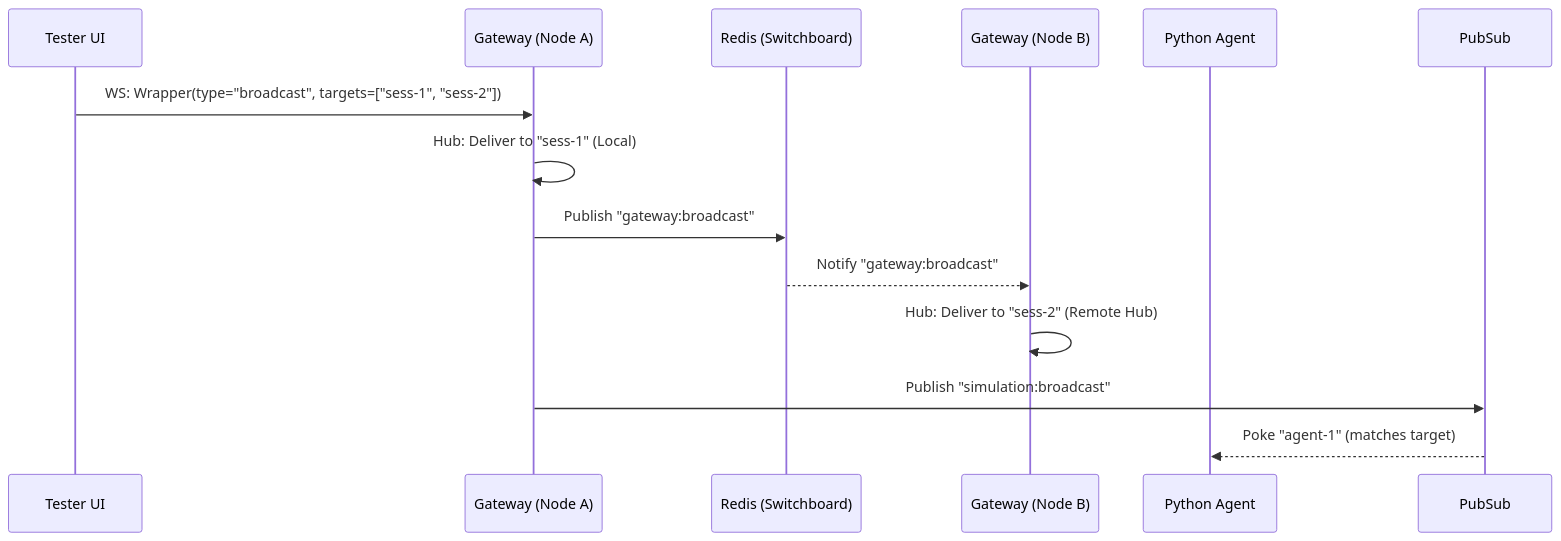
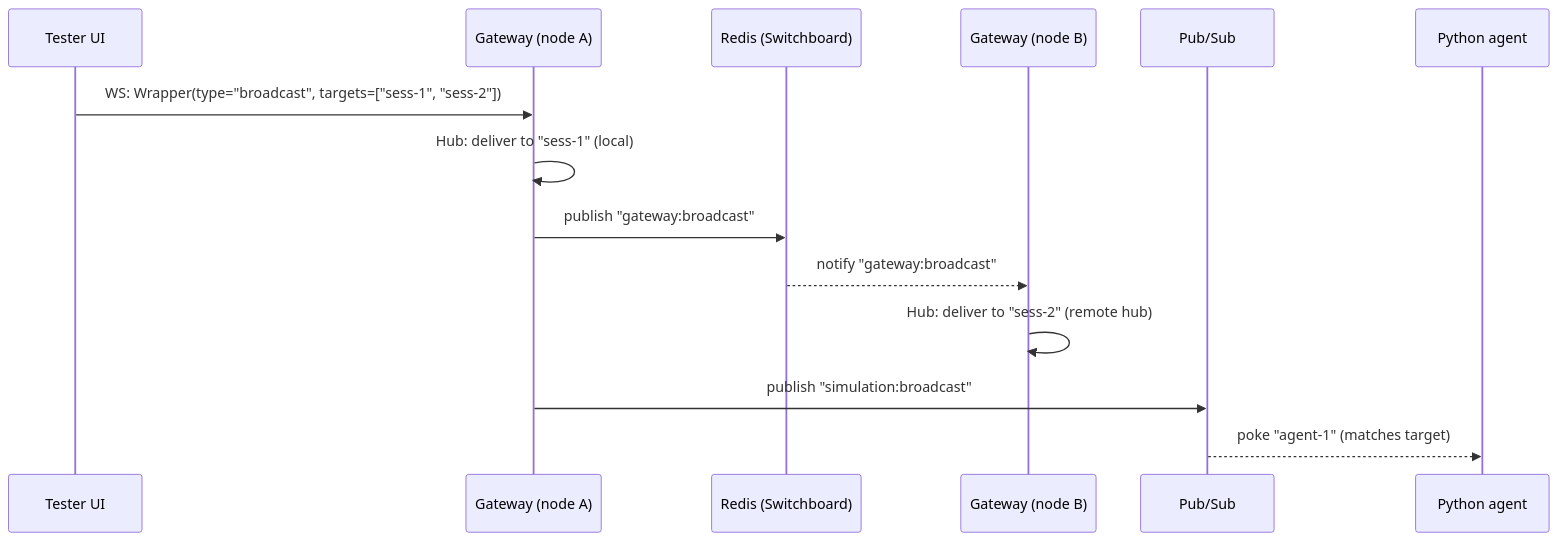
The diagram in docs/architecture/multi_session_routing.md (GoogleCloudPlatform/race-condition), drawn with Mermaid before and after one commit. The commit also changed other lines of this file, not shown here.

Commit message:
🐛 docs(routing): fix mermaid participant, non-catalog primitive, drop N26

````diff
--- a/docs/architecture/multi_session_routing.md
+++ b/docs/architecture/multi_session_routing.md
@@ -63,16 +62,17 @@
 ```mermaid
 sequenceDiagram
     participant UI as Tester UI
-    participant GW1 as Gateway (Node A)
+    participant GW1 as Gateway (node A)
     participant Redis as Redis (Switchboard)
-    participant GW2 as Gateway (Node B)
-    participant Agent as Python Agent
+    participant GW2 as Gateway (node B)
+    participant PubSub as Pub/Sub
+    participant Agent as Python agent
 
     UI->>GW1: WS: Wrapper(type="broadcast", targets=["sess-1", "sess-2"])
-    GW1->>GW1: Hub: Deliver to "sess-1" (Local)
-    GW1->>Redis: Publish "gateway:broadcast"
-    Redis-->>GW2: Notify "gateway:broadcast"
-    GW2->>GW2: Hub: Deliver to "sess-2" (Remote Hub)
-    GW1->>PubSub: Publish "simulation:broadcast"
-    PubSub-->>Agent: Poke "agent-1" (matches target)
+    GW1->>GW1: Hub: deliver to "sess-1" (local)
+    GW1->>Redis: publish "gateway:broadcast"
+    Redis-->>GW2: notify "gateway:broadcast"
+    GW2->>GW2: Hub: deliver to "sess-2" (remote hub)
+    GW1->>PubSub: publish "simulation:broadcast"
+    PubSub-->>Agent: poke "agent-1" (matches target)
 ```
````
